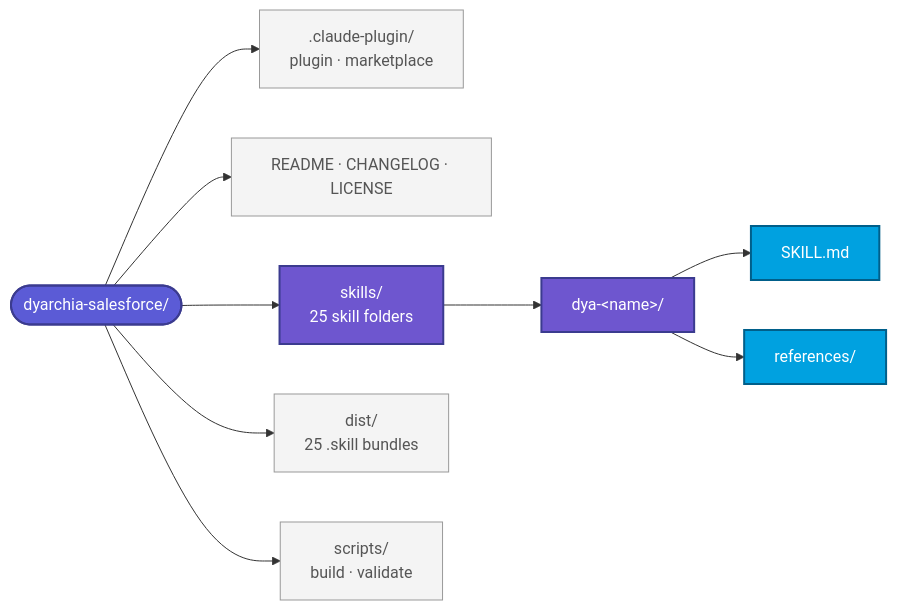
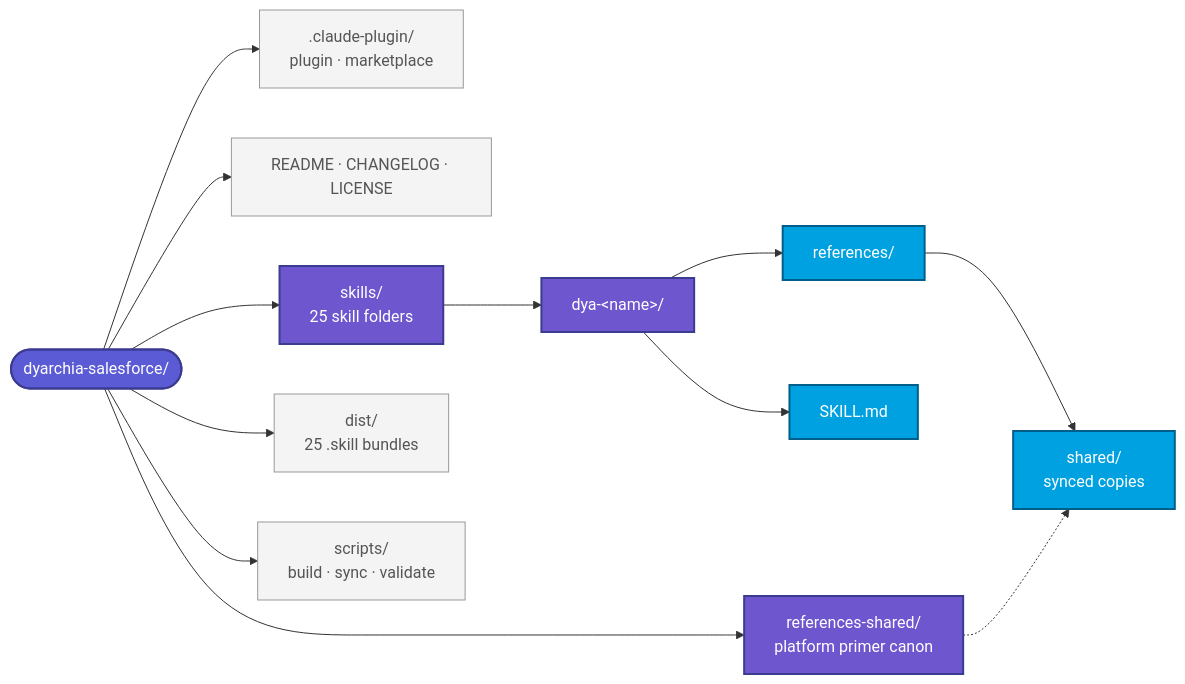
Before and after one commit to Dyarchia/dyarchia-salesforce: the first of 3 diagrams in README.md, drawn with Mermaid. The commit also changed other lines of this file and 9 other files, not shown here.

First line of the commit message:
feat(repo): add a shared canon for platform fundamentals

````diff
--- a/README.md
+++ b/README.md
@@ -94,23 +94,26 @@
 ```mermaid
 graph LR
     Root([dyarchia-salesforce/])
     Root --> Plugin[".claude-plugin/<br/>plugin · marketplace"]
     Root --> Meta["README · CHANGELOG · LICENSE"]
     Root --> SK["skills/<br/>25 skill folders"]
+    Root --> Shared["references-shared/<br/>platform primer canon"]
     Root --> Dist["dist/<br/>25 .skill bundles"]
-    Root --> Scripts["scripts/<br/>build · validate"]
+    Root --> Scripts["scripts/<br/>build · sync · validate"]
 
     SK --> Skill["dya-&lt;name&gt;/"]
     Skill --> SM["SKILL.md"]
     Skill --> Refs["references/"]
+    Refs --> SharedRefs["shared/<br/>synced copies"]
+    Shared -.-> SharedRefs
 
     classDef root fill:#5B5BD6,stroke:#3B3B8F,color:#fff,stroke-width:2px
     classDef domainFolder fill:#6E56CF,stroke:#3B3B8F,color:#fff,stroke-width:2px
     classDef skillFolder fill:#00A1E0,stroke:#005F8A,color:#fff,stroke-width:2px
     classDef meta fill:#F4F4F4,stroke:#999,color:#555
 
     class Root root
-    class SK,Skill domainFolder
-    class SM,Refs skillFolder
+    class SK,Skill,Shared domainFolder
+    class SM,Refs,SharedRefs skillFolder
     class Plugin,Meta,Dist,Scripts meta
 ```
````
